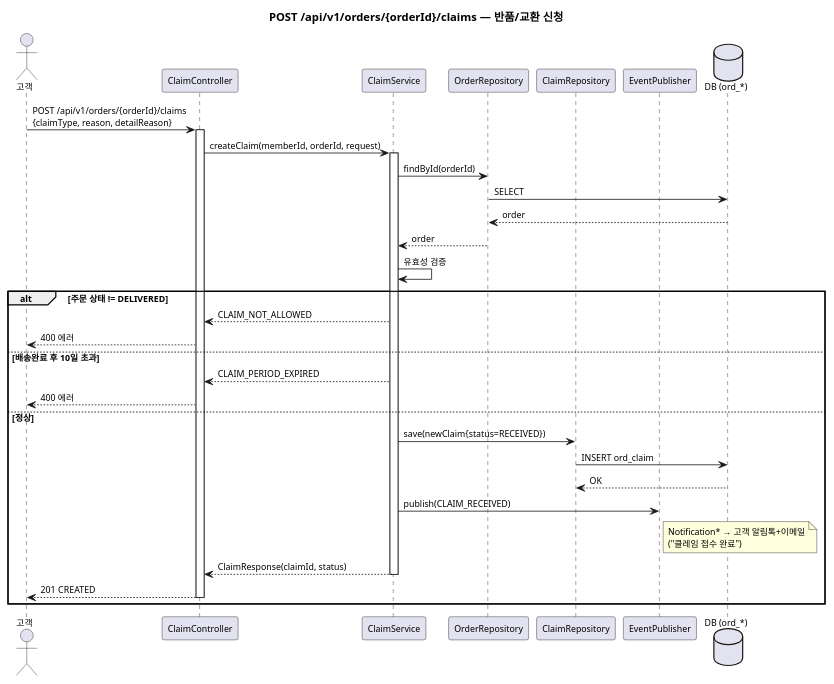
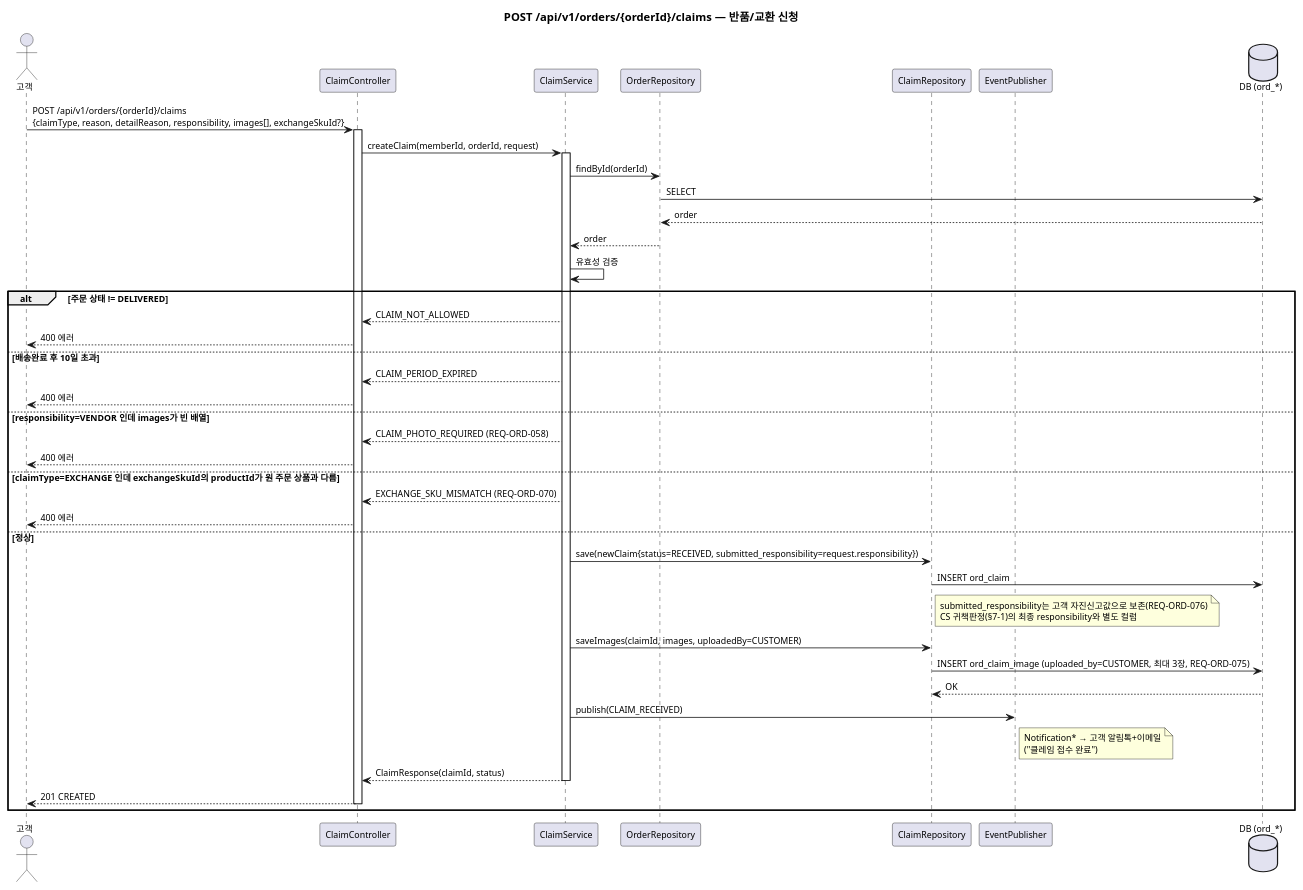
One commit to parknahyun/runNShop changed the eighth of 26 diagrams in docs/자산화-단계별/S3-상세설계/16-시퀀스(Order-Payment).md. Above: the diagram before and after it, drawn with PlantUML. The commit also changed other lines of this file and 14 other files, not shown here.

````diff
--- a/docs/자산화-단계별/S3-상세설계/16-시퀀스(Order-Payment).md
+++ b/docs/자산화-단계별/S3-상세설계/16-시퀀스(Order-Payment).md
@@ -345,48 +395,57 @@
 ```plantuml
 @startuml
 skinparam backgroundColor transparent
 skinparam defaultFontSize 11
 title POST /api/v1/orders/{orderId}/claims — 반품/교환 신청
 
 actor 고객 as Client
 participant "ClaimController" as CC
 participant "ClaimService" as CS
 participant "OrderRepository" as OR
 participant "ClaimRepository" as CR
 participant "EventPublisher" as EP
 database "DB (ord_*)" as DB
 
-Client -> CC : POST /api/v1/orders/{orderId}/claims\n{claimType, reason, detailReason}
+Client -> CC : POST /api/v1/orders/{orderId}/claims\n{claimType, reason, detailReason, responsibility, images[], exchangeSkuId?}
 activate CC
 
 CC -> CS : createClaim(memberId, orderId, request)
 activate CS
 
 CS -> OR : findById(orderId)
 OR -> DB : SELECT
 DB --> OR : order
 OR --> CS : order
 
 CS -> CS : 유효성 검증
 alt 주문 상태 != DELIVERED
   CS --> CC : CLAIM_NOT_ALLOWED
   CC --> Client : 400 에러
 else 배송완료 후 10일 초과
   CS --> CC : CLAIM_PERIOD_EXPIRED
   CC --> Client : 400 에러
+else responsibility=VENDOR 인데 images가 빈 배열
+  CS --> CC : CLAIM_PHOTO_REQUIRED (REQ-ORD-058)
+  CC --> Client : 400 에러
+else claimType=EXCHANGE 인데 exchangeSkuId의 productId가 원 주문 상품과 다름
+  CS --> CC : EXCHANGE_SKU_MISMATCH (REQ-ORD-070)
+  CC --> Client : 400 에러
 else 정상
-  CS -> CR : save(newClaim{status=RECEIVED})
+  CS -> CR : save(newClaim{status=RECEIVED, submitted_responsibility=request.responsibility})
   CR -> DB : INSERT ord_claim
+  note right of CR: submitted_responsibility는 고객 자진신고값으로 보존(REQ-ORD-076)\nCS 귀책판정(§7-1)의 최종 responsibility와 별도 컬럼
+  CS -> CR : saveImages(claimId, images, uploadedBy=CUSTOMER)
+  CR -> DB : INSERT ord_claim_image (uploaded_by=CUSTOMER, 최대 3장, REQ-ORD-075)
   DB --> CR : OK
 
   CS -> EP : publish(CLAIM_RECEIVED)
   note right of EP: Notification* → 고객 알림톡+이메일\n("클레임 접수 완료")
 
   CS --> CC : ClaimResponse(claimId, status)
   deactivate CS
   CC --> Client : 201 CREATED
   deactivate CC
 end
 
 @enduml
 ```
````
